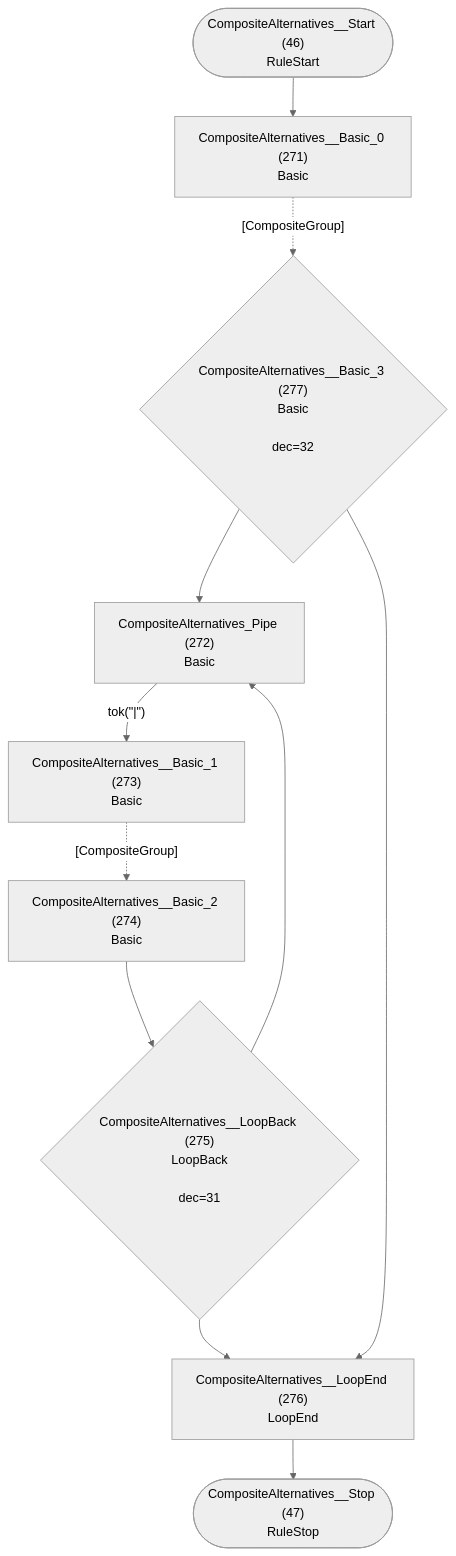
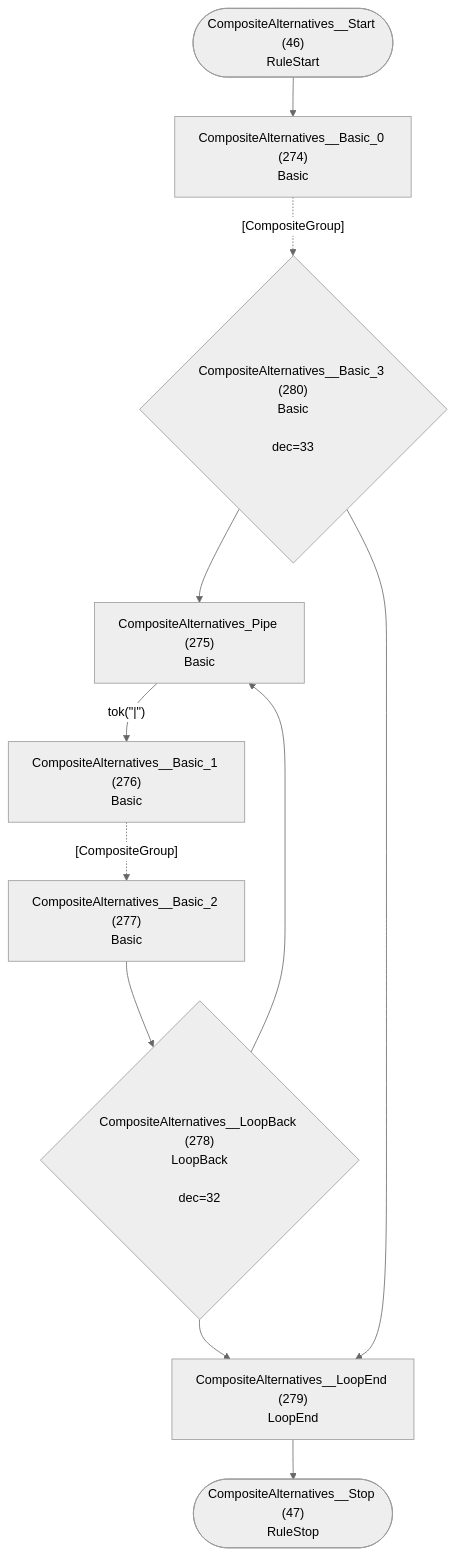
One commit to TypeFox/fastbelt changed diagram 24 of 26 in internal/grammar/atn.md. Above: the diagram before and after it, drawn with Mermaid (neutral theme). The commit also changed other lines of this file and 16 other files, not shown here.

````diff
--- a/internal/grammar/atn.md
+++ b/internal/grammar/atn.md
@@ -719,23 +726,23 @@
 ```mermaid
 flowchart TD
     q46(["CompositeAlternatives__Start (46)<br/>RuleStart"])
     q47(["CompositeAlternatives__Stop (47)<br/>RuleStop"])
-    q271["CompositeAlternatives__Basic_0 (271)<br/>Basic<br/>"]
-    q272["CompositeAlternatives_Pipe (272)<br/>Basic<br/>"]
-    q273["CompositeAlternatives__Basic_1 (273)<br/>Basic<br/>"]
-    q274["CompositeAlternatives__Basic_2 (274)<br/>Basic<br/>"]
-    q275{"CompositeAlternatives__LoopBack (275)<br/>LoopBack<br/><br/>dec=31"}
-    q276["CompositeAlternatives__LoopEnd (276)<br/>LoopEnd<br/>"]
-    q277{"CompositeAlternatives__Basic_3 (277)<br/>Basic<br/><br/>dec=32"}
+    q274["CompositeAlternatives__Basic_0 (274)<br/>Basic<br/>"]
+    q275["CompositeAlternatives_Pipe (275)<br/>Basic<br/>"]
+    q276["CompositeAlternatives__Basic_1 (276)<br/>Basic<br/>"]
+    q277["CompositeAlternatives__Basic_2 (277)<br/>Basic<br/>"]
+    q278{"CompositeAlternatives__LoopBack (278)<br/>LoopBack<br/><br/>dec=32"}
+    q279["CompositeAlternatives__LoopEnd (279)<br/>LoopEnd<br/>"]
+    q280{"CompositeAlternatives__Basic_3 (280)<br/>Basic<br/><br/>dec=33"}
 
-    q46 --> q271
-    q271 -.->|"[CompositeGroup]"| q277
-    q272 -->|"tok(&quot;|&quot;)"| q273
-    q273 -.->|"[CompositeGroup]"| q274
-    q274 --> q275
-    q275 --> q272
-    q275 --> q276
-    q276 --> q47
-    q277 --> q272
-    q277 --> q276
+    q46 --> q274
+    q274 -.->|"[CompositeGroup]"| q280
+    q275 -->|"tok(&quot;|&quot;)"| q276
+    q276 -.->|"[CompositeGroup]"| q277
+    q277 --> q278
+    q278 --> q275
+    q278 --> q279
+    q279 --> q47
+    q280 --> q275
+    q280 --> q279
 ```
````
